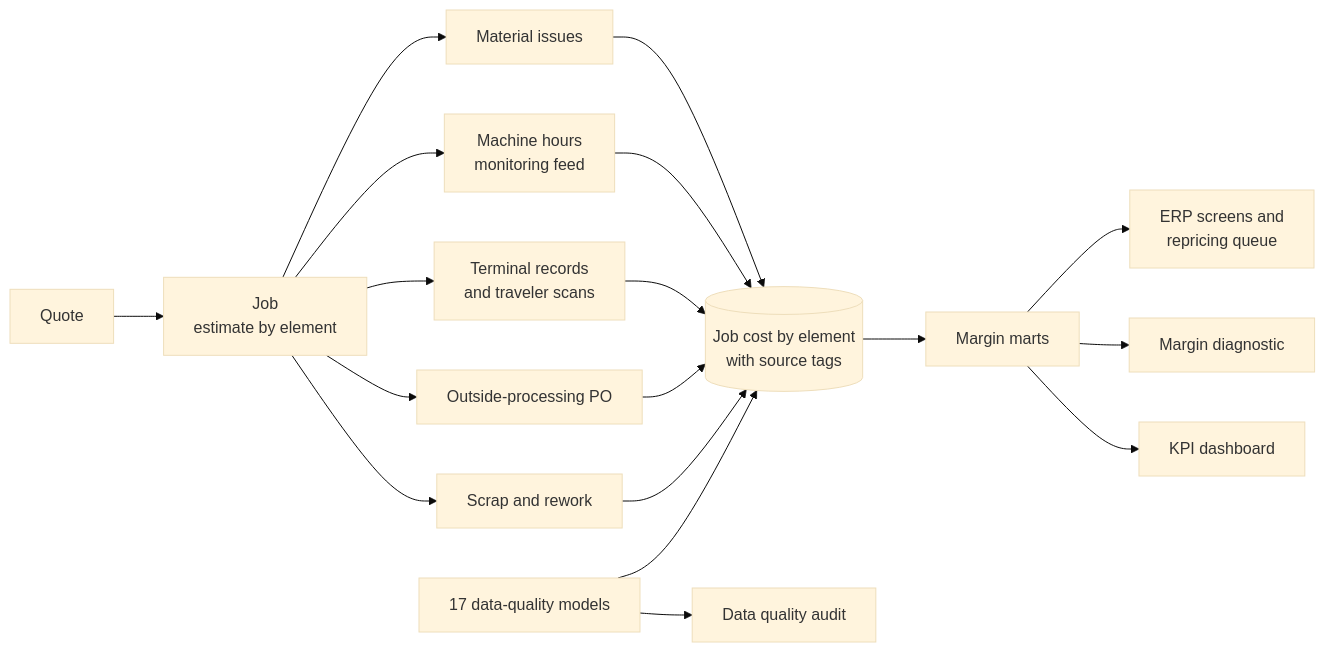
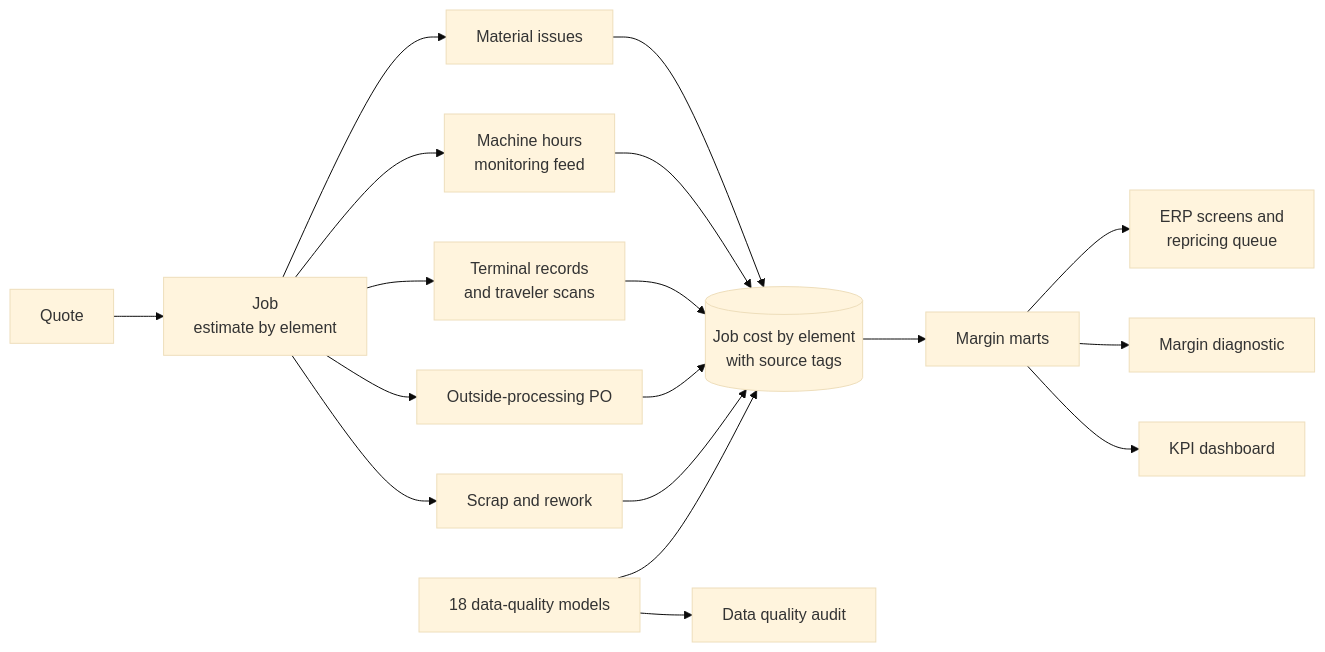
Before and after one commit to brimsystems/mfg-data-engineering: the diagram in job_costing/README.md, drawn with Mermaid (base theme). The commit also changed other lines of this file and 37 other files, not shown here.

````diff
--- a/job_costing/README.md
+++ b/job_costing/README.md
@@ -71,20 +71,20 @@
 ```mermaid
 flowchart LR
   Q["Quote"] --> J["Job<br/>estimate by element"]
   J --> MI["Material issues"]
   J --> MH["Machine hours<br/>monitoring feed"]
   J --> SC["Terminal records<br/>and traveler scans"]
   J --> PO["Outside-processing PO"]
   J --> SR["Scrap and rework"]
   MI --> JC
   MH --> JC
   SC --> JC
   PO --> JC
   SR --> JC
   JC[("Job cost by element<br/>with source tags")] --> MM["Margin marts"]
-  DQ["17 data-quality models"] --> JC
+  DQ["18 data-quality models"] --> JC
   MM --> ERP["ERP screens and<br/>repricing queue"]
   MM --> DIAG["Margin diagnostic"]
   MM --> DASH["KPI dashboard"]
   DQ --> AUD["Data quality audit"]
 ```
````
